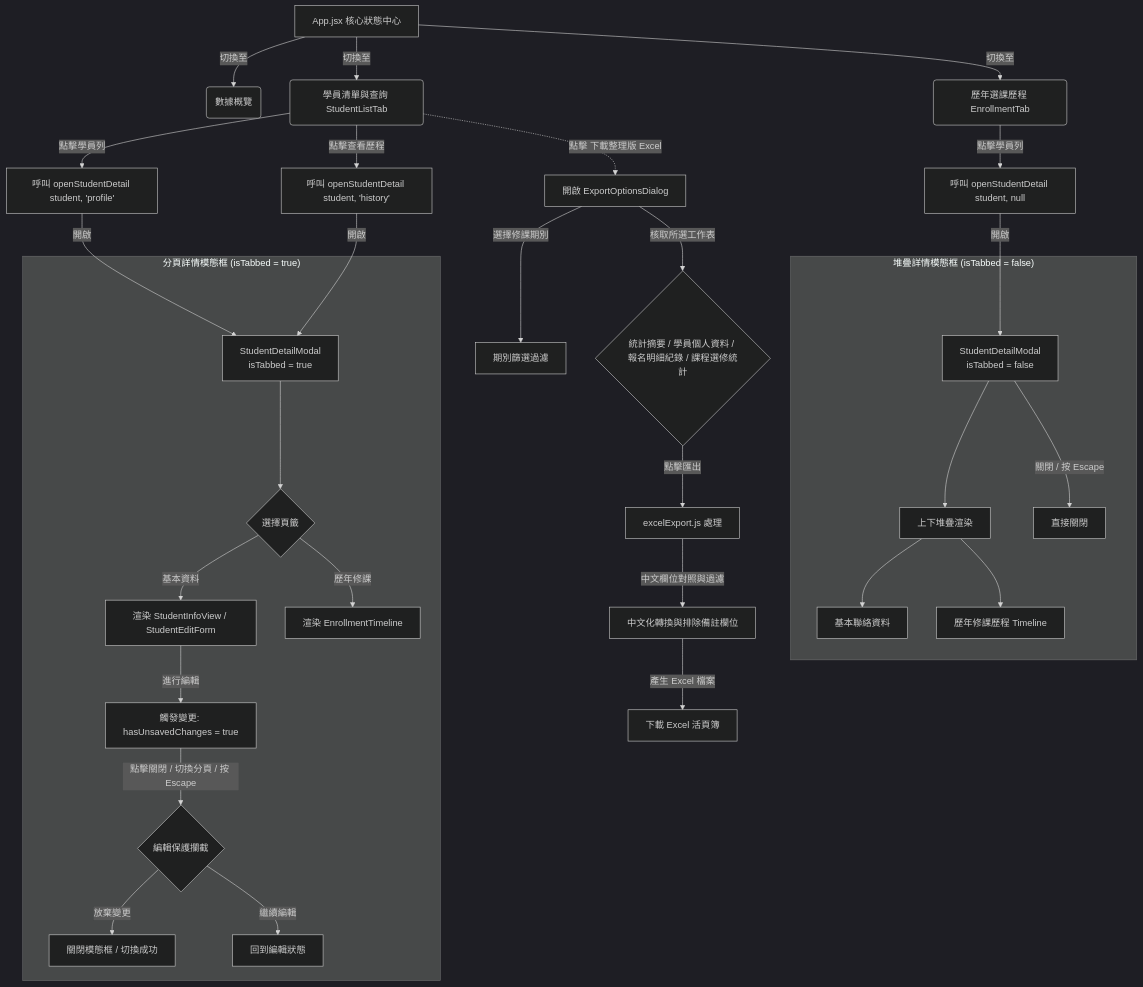
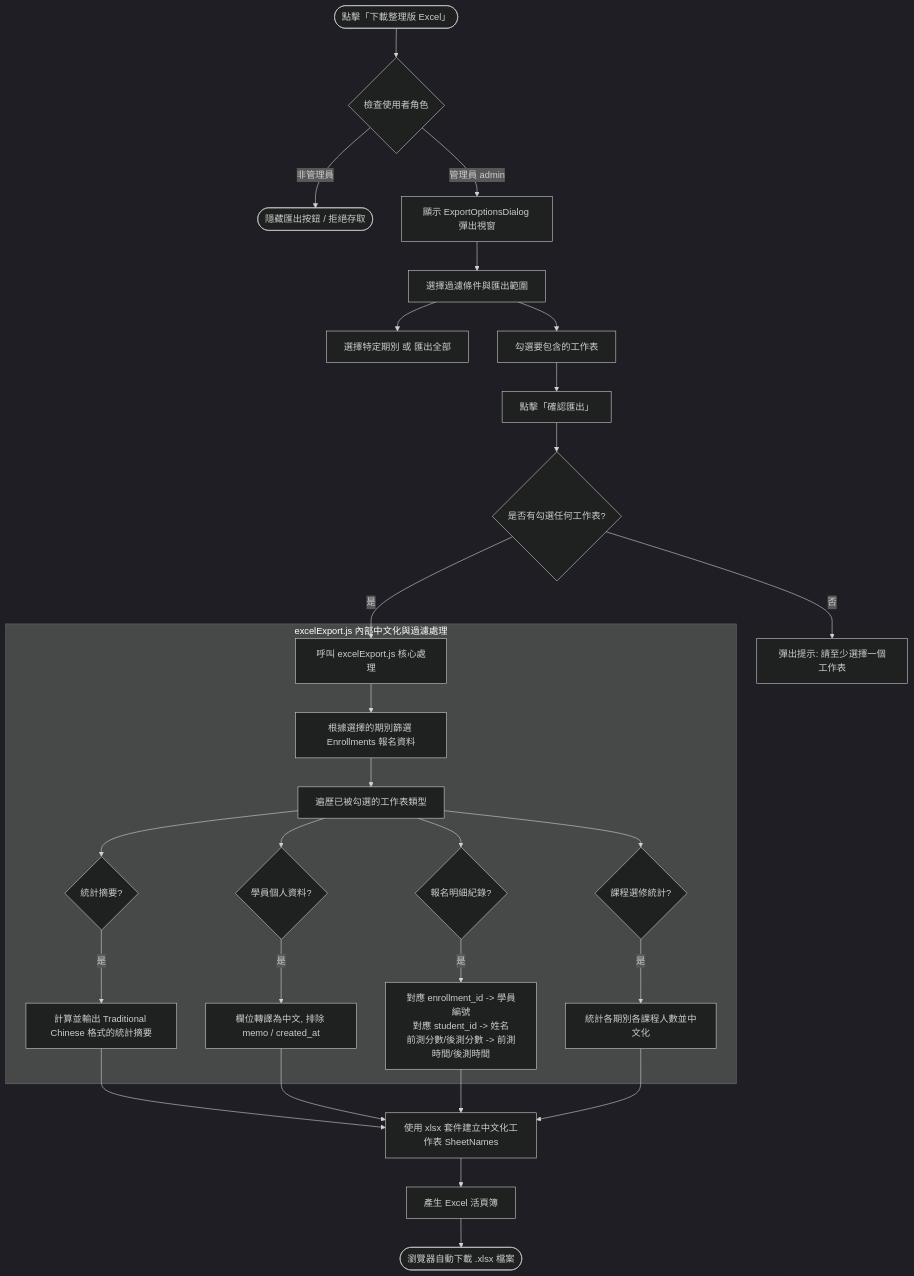
The third of 3 diagrams in 架構.md (TWTooru/ChanghuaYMCA_SeniorMenberSystem), drawn with Mermaid (dark theme) before and after one commit. The commit also changed other lines of this file, not shown here.

````diff
--- a/架構.md
+++ b/架構.md
@@ -5,46 +94,30 @@
 ```mermaid
-graph TD
-    %% 核心分頁導覽
-    App[App.jsx 核心狀態中心] --> |切換至| Tab1(數據概覽)
-    App --> |切換至| Tab2(學員清單與查詢 StudentListTab)
-    App --> |切換至| Tab3(歷年選課歷程 EnrollmentTab)
-
-    %% 學員清單分頁交互
-    Tab2 --> |點擊學員列| OpenTabbed[呼叫 openStudentDetail student, 'profile']
-    Tab2 --> |點擊查看歷程| OpenTabbedHistory[呼叫 openStudentDetail student, 'history']
+flowchart TD
+    Start([點擊「下載整理版 Excel」]) --> CheckRole{檢查使用者角色}
     
-    OpenTabbed --> |開啟| ModalT[StudentDetailModal <br/> isTabbed = true]
-    OpenTabbedHistory --> |開啟| ModalT
-
-    %% 歷年選課歷程分頁交互
-    Tab3 --> |點擊學員列| OpenStacked[呼叫 openStudentDetail student, null]
-    OpenStacked --> |開啟| ModalS[StudentDetailModal <br/> isTabbed = false]
-
-    %% 分頁模式詳情 (Tabbed Mode)
-    subgraph sub1 ["分頁詳情模態框 (isTabbed = true)"]
-        ModalT --> TabList{選擇頁籤}
-        TabList --> |基本資料| ProfileTab[渲染 StudentInfoView / StudentEditForm]
-        TabList --> |歷年修課| HistoryTab[渲染 EnrollmentTimeline]
+    CheckRole -->|非管理員| Deny([隱藏匯出按鈕 / 拒絕存取])
+    CheckRole -->|管理員 admin| ShowDialog[顯示 ExportOptionsDialog 彈出視窗]
+    
+    ShowDialog --> UserInput[選擇過濾條件與匯出範圍]
+    UserInput --> SelectSeason[選擇特定期別 或 匯出全部]
+    UserInput --> SelectSheets[勾選要包含的工作表]
+    
+    SelectSheets --> ClickExport[點擊「確認匯出」]
+    ClickExport --> CheckEmpty{是否有勾選任何工作表?}
+    CheckEmpty -->|否| Abort[彈出提示: 請至少選擇一個工作表]
+    CheckEmpty -->|是| CallLib[呼叫 excelExport.js 核心處理]
+    
+    subgraph subExcel ["excelExport.js 內部中文化與過濾處理"]
+        CallLib --> FilterData[根據選擇的期別篩選 Enrollments 報名資料]
+        FilterData --> LoopSheets[遍歷已被勾選的工作表類型]
         
-        ProfileTab --> |進行編輯| DirtyState[觸發變更: hasUnsavedChanges = true]
-        DirtyState --> |點擊關閉 / 切換分頁 / 按 Escape| Guard{編輯保護攔截}
-        Guard --> |放棄變更| Discard[關閉模態框 / 切換成功]
-        Guard --> |繼續編輯| EditForm[回到編輯狀態]
+        LoopSheets --> Sheet1{統計摘要?} -->|是| MapSummary[計算並輸出 Traditional Chinese 格式的統計摘要]
+        LoopSheets --> Sheet2{學員個人資料?} -->|是| MapStudents["欄位轉譯為中文, 排除 memo / created_at"]
+        LoopSheets --> Sheet3{報名明細紀錄?} -->|是| MapEnroll["對應 enrollment_id -> 學員編號<br/>對應 student_id -> 姓名<br/>前測分數/後測分數 -> 前測時間/後測時間"]
+        LoopSheets --> Sheet4{課程選修統計?} -->|是| MapCourses[統計各期別各課程人數並中文化]
     end
-
-    %% 堆疊模式詳情 (Stacked Mode)
-    subgraph sub2 ["堆疊詳情模態框 (isTabbed = false)"]
-        ModalS --> StackedView[上下堆疊渲染]
-        StackedView --> StackedInfo[基本聯絡資料]
-        StackedView --> StackedTimeline[歷年修課歷程 Timeline]
-        ModalS --> |關閉 / 按 Escape| DirectClose[直接關閉]
-    end
-
-    %% Excel 自訂匯出流程
-    Tab2 -.-> |點擊 下載整理版 Excel| ExportDlg[開啟 ExportOptionsDialog]
-    ExportDlg --> |選擇修課期別| FilterSeason[期別篩選過濾]
-    ExportDlg --> |核取所選工作表| SelectSheets{統計摘要 / 學員個人資料 / 報名明細紀錄 / 課程選修統計}
-    SelectSheets --> |點擊匯出| ExcelExportLib[excelExport.js 處理]
-    ExcelExportLib --> |中文欄位對照與過濾| LocalizedMapping[中文化轉換與排除備註欄位]
-    LocalizedMapping --> |產生 Excel 檔案| DownloadExcel[下載 Excel 活頁簿]
+    
+    MapSummary & MapStudents & MapEnroll & MapCourses --> BuildWorkbook[使用 xlsx 套件建立中文化工作表 SheetNames]
+    BuildWorkbook --> GenerateFile[產生 Excel 活頁簿]
+    GenerateFile --> Download([瀏覽器自動下載 .xlsx 檔案])
 ```
````
